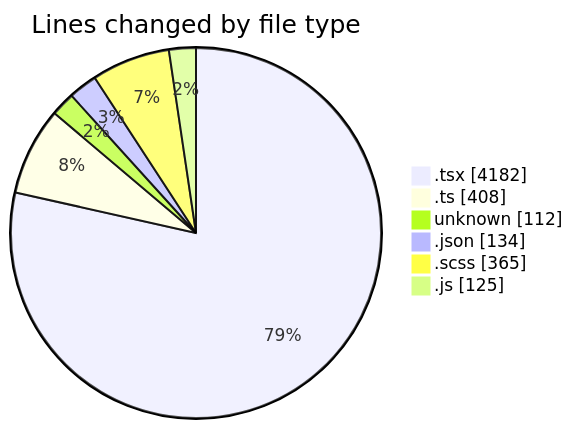
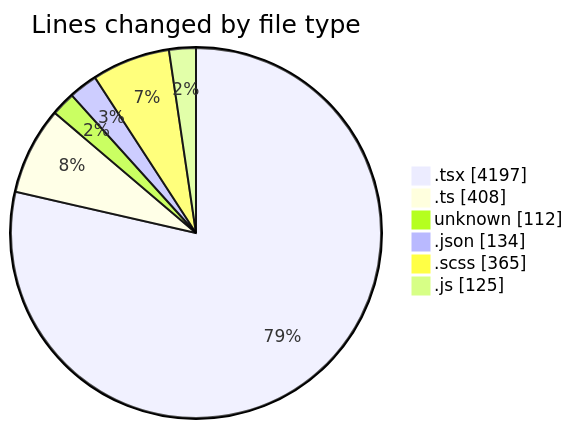
The first of 2 diagrams in 2026-04-28/cda/README.md (momahboobian/code-tracking), drawn with Mermaid before and after one commit. The commit also changed other lines of this file and 1 other file, not shown here.

````diff
--- a/2026-04-28/cda/README.md
+++ b/2026-04-28/cda/README.md
@@ -67,10 +67,10 @@
 ```mermaid
 pie showData
 title Lines changed by file type
-".tsx" : 4182
+".tsx" : 4197
 ".ts" : 408
 "unknown" : 112
 ".json" : 134
 ".scss" : 365
 ".js" : 125
 ```
````
